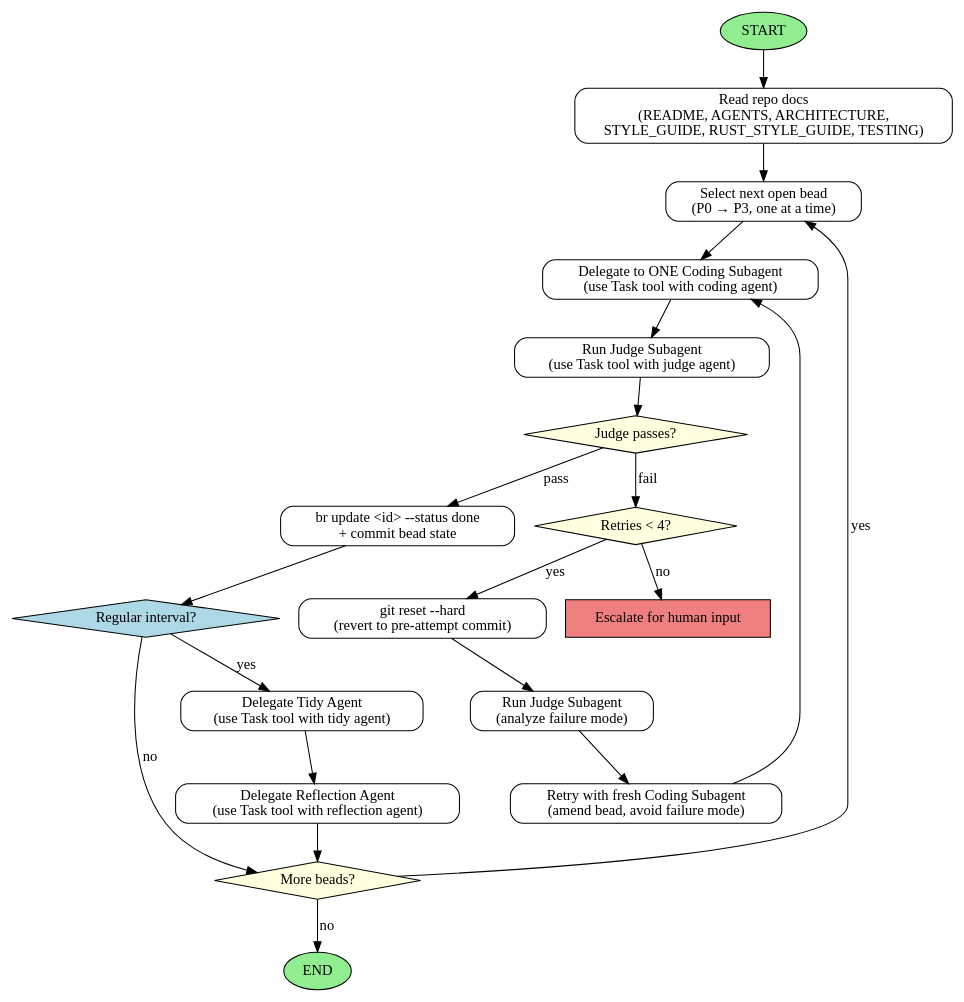
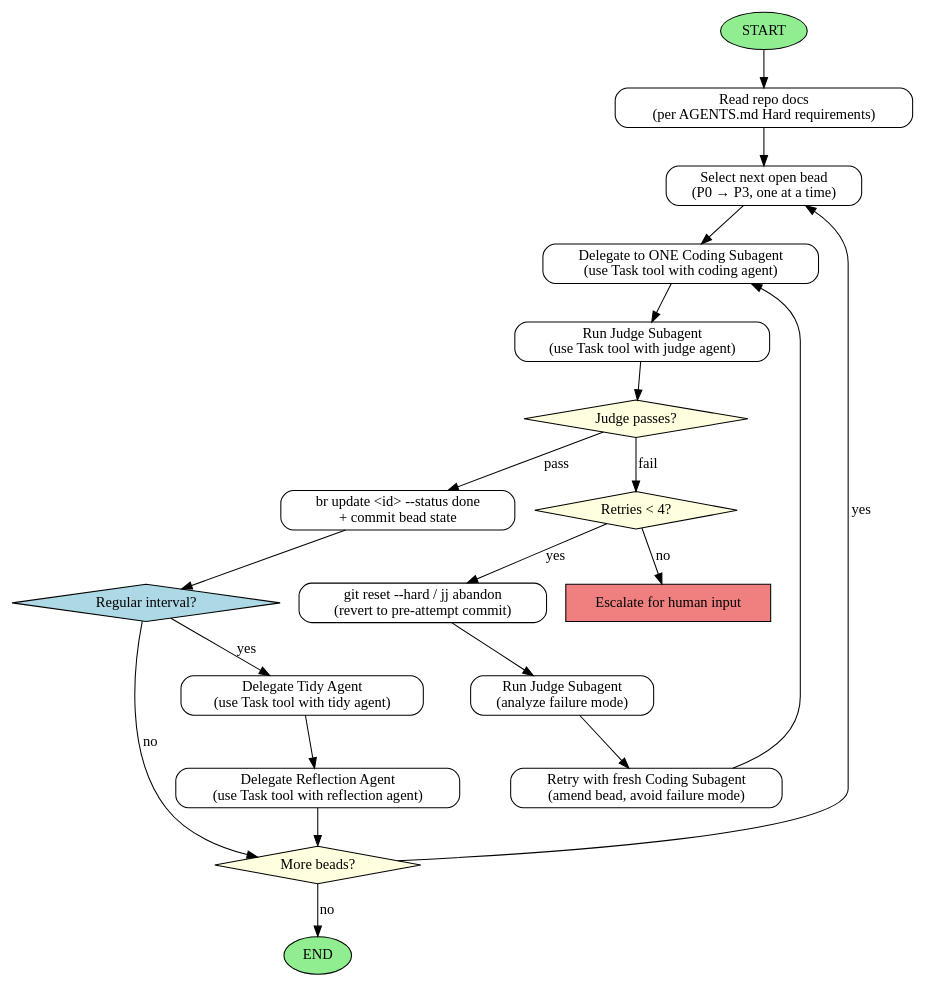
Before and after one commit to imbue-ai/offload: the diagram in .claude/agents/coordinator.md, drawn with Graphviz. The commit also changed other lines of this file and 17 other files, not shown here.

````diff
--- a/.claude/agents/coordinator.md
+++ b/.claude/agents/coordinator.md
@@ -127,39 +121,39 @@
 ```dot
 digraph CoordinatorWorkflow {
   rankdir=TB;
   node [shape=box, style=rounded];
 
   START [shape=ellipse, style=filled, fillcolor=lightgreen];
-  READ_DOCS [label="Read repo docs\n(README, AGENTS, ARCHITECTURE,\nSTYLE_GUIDE, RUST_STYLE_GUIDE, TESTING)"];
+  READ_DOCS [label="Read repo docs\n(per AGENTS.md Hard requirements)"];
   PICK_BEAD [label="Select next open bead\n(P0 → P3, one at a time)"];
   DELEGATE [label="Delegate to ONE Coding Subagent\n(use Task tool with coding agent)"];
   JUDGE [label="Run Judge Subagent\n(use Task tool with judge agent)"];
   JUDGE_RESULT [shape=diamond, style=filled, fillcolor=lightyellow, label="Judge passes?"];
   MARK_DONE [label="br update <id> --status done\n+ commit bead state"];
   MORE [shape=diamond, style=filled, fillcolor=lightyellow, label="More beads?"];
   END [shape=ellipse, style=filled, fillcolor=lightgreen];
 
   RETRIES [shape=diamond, style=filled, fillcolor=lightyellow, label="Retries < 4?"];
-  RESET [label="git reset --hard\n(revert to pre-attempt commit)"];
+  RESET [label="git reset --hard / jj abandon\n(revert to pre-attempt commit)"];
   JUDGE_FAILURE [label="Run Judge Subagent\n(analyze failure mode)"];
   REPROMPT [label="Retry with fresh Coding Subagent\n(amend bead, avoid failure mode)"];
   ESCALATE [shape=box, style=filled, fillcolor=lightcoral, label="Escalate for human input"];
 
   INTERVAL_CHECK [shape=diamond, style=filled, fillcolor=lightblue, label="Regular interval?"];
   TIDY [label="Delegate Tidy Agent\n(use Task tool with tidy agent)"];
   REFLECTION [label="Delegate Reflection Agent\n(use Task tool with reflection agent)"];
 
   START -> READ_DOCS -> PICK_BEAD -> DELEGATE -> JUDGE -> JUDGE_RESULT;
   JUDGE_RESULT -> MARK_DONE [label="pass"];
   JUDGE_RESULT -> RETRIES [label="fail"];
   RETRIES -> RESET [label="yes"];
   RESET -> JUDGE_FAILURE -> REPROMPT -> DELEGATE;
   RETRIES -> ESCALATE [label="no"];
   MARK_DONE -> INTERVAL_CHECK;
   INTERVAL_CHECK -> TIDY [label="yes"];
   TIDY -> REFLECTION -> MORE;
   INTERVAL_CHECK -> MORE [label="no"];
   MORE -> PICK_BEAD [label="yes"];
   MORE -> END [label="no"];
 }
 ```
````
